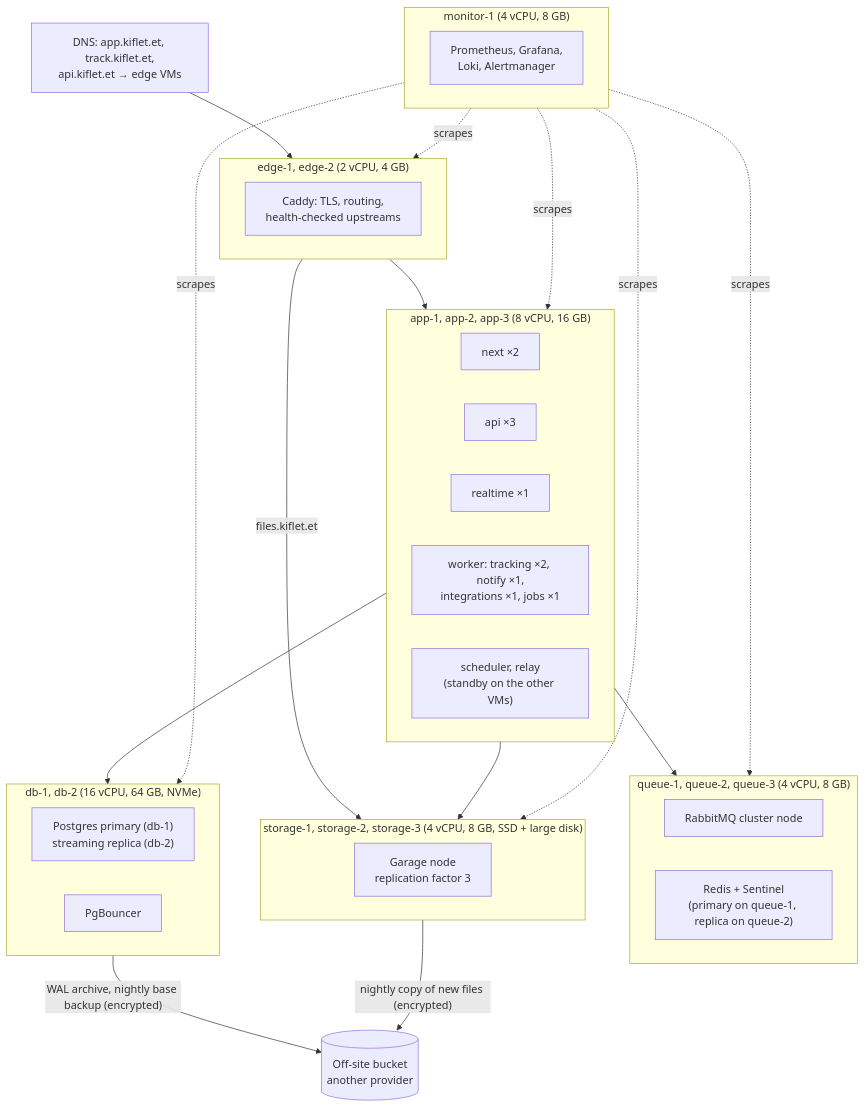
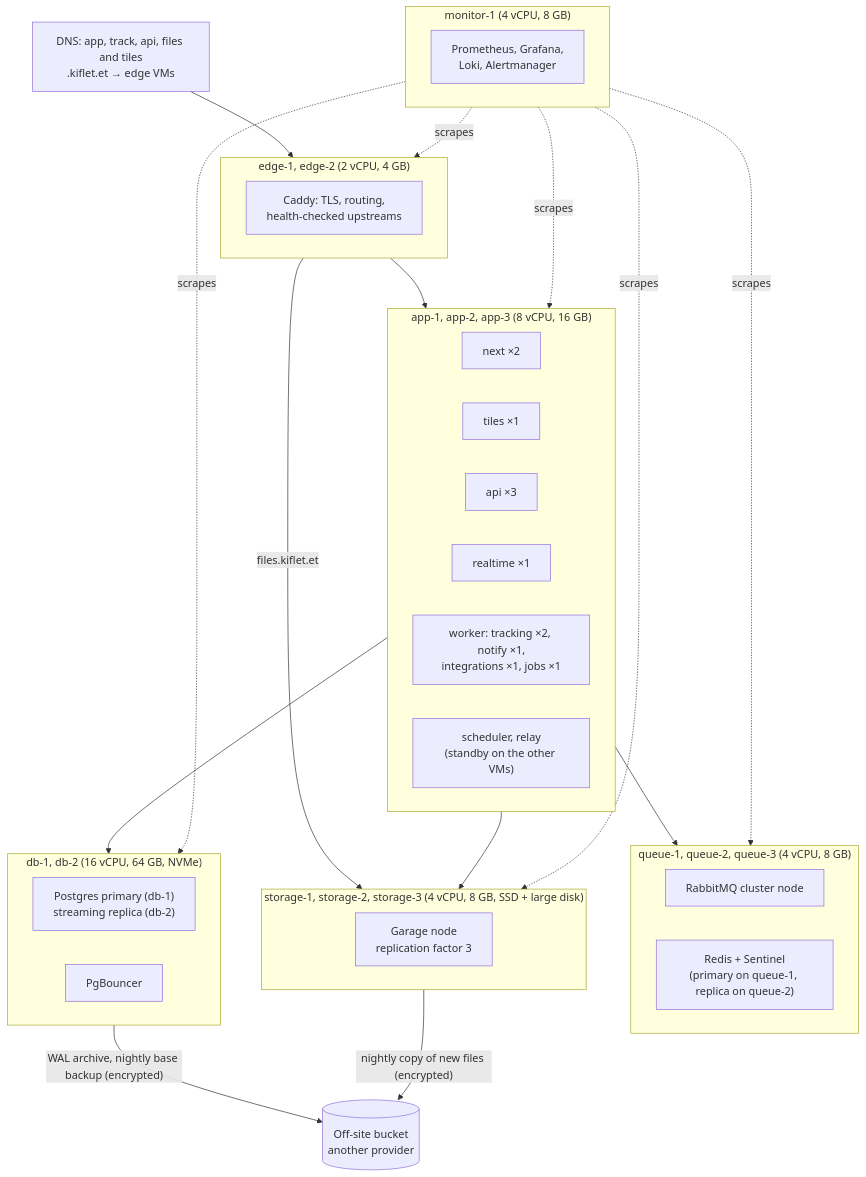
Before and after one commit to Kiflet/backend: diagram 11 of 11 in docs/architecture.md, drawn with Mermaid. The commit also changed other lines of this file and 19 other files, not shown here.

````diff
--- a/docs/architecture.md
+++ b/docs/architecture.md
@@ -884,45 +1084,46 @@
 ```mermaid
 flowchart TB
-  DNS["DNS: app.kiflet.et, track.kiflet.et,<br/>api.kiflet.et → edge VMs"]
+  DNS["DNS: app, track, api, files and tiles<br/>.kiflet.et → edge VMs"]
 
   subgraph E["edge-1, edge-2 (2 vCPU, 4 GB)"]
     CAD["Caddy: TLS, routing,<br/>health-checked upstreams"]
   end
 
   subgraph A["app-1, app-2, app-3 (8 vCPU, 16 GB)"]
     NXA["next ×2"]
+    TLA["tiles ×1"]
     APIA["api ×3"]
     RTA["realtime ×1"]
     WKA["worker: tracking ×2, notify ×1,<br/>integrations ×1, jobs ×1"]
     SCHA["scheduler, relay<br/>(standby on the other VMs)"]
   end
 
   subgraph Q["queue-1, queue-2, queue-3 (4 vCPU, 8 GB)"]
     RMQA["RabbitMQ cluster node"]
     RDSA["Redis + Sentinel<br/>(primary on queue-1, replica on queue-2)"]
   end
 
   subgraph DBV["db-1, db-2 (16 vCPU, 64 GB, NVMe)"]
     PGA["Postgres primary (db-1)<br/>streaming replica (db-2)"]
     PGBA["PgBouncer"]
   end
 
   subgraph STV["storage-1, storage-2, storage-3 (4 vCPU, 8 GB, SSD + large disk)"]
     S3A["Garage node<br/>replication factor 3"]
   end
 
   OFFB[("Off-site bucket<br/>another provider")]
 
   subgraph MON["monitor-1 (4 vCPU, 8 GB)"]
     OBSA["Prometheus, Grafana,<br/>Loki, Alertmanager"]
   end
 
   DNS --> E --> A
   E -- "files.kiflet.et" --> STV
   A --> Q
   A --> DBV
   A --> STV
   DBV -- "WAL archive, nightly base backup (encrypted)" --> OFFB
   STV -- "nightly copy of new files (encrypted)" --> OFFB
   MON -. scrapes .-> E & A & Q & DBV & STV
 ```
````
